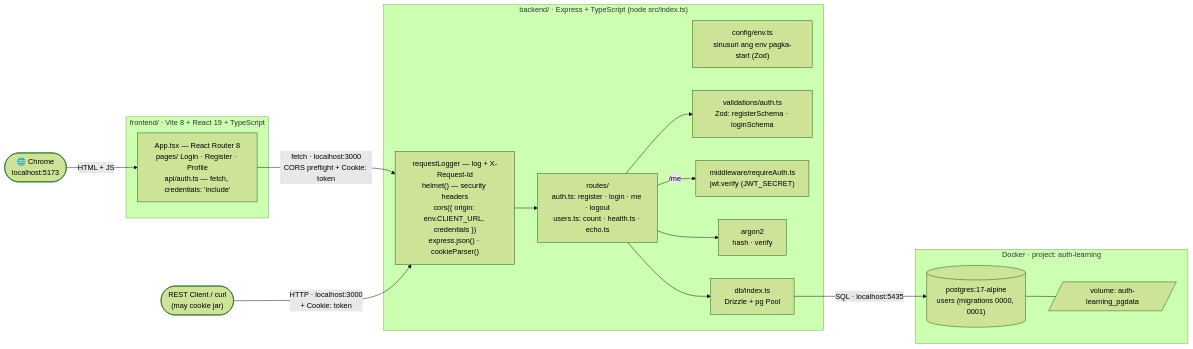
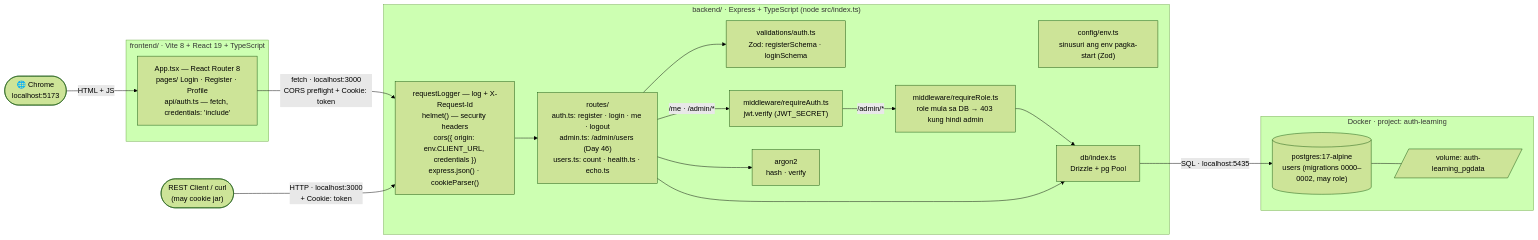
One commit to nelson1869-ai/auth-learning changed the first of 3 diagrams in docs/diagrams/00-architecture.md. Above: the diagram before and after it, drawn with Mermaid (forest theme). The commit also changed other lines of this file and 10 other files, not shown here.

First line of the commit message:
feat: requireRole and the first admin route — 401 vs 403 (Day 46)

````diff
--- a/docs/diagrams/00-architecture.md
+++ b/docs/diagrams/00-architecture.md
@@ -12,29 +12,32 @@
 ```mermaid
 flowchart LR
     Browser(["🌐 Chrome<br/>localhost:5173"]) -->|"HTML + JS"| FE
     subgraph FEG["frontend/ · Vite 8 + React 19 + TypeScript"]
         FE["App.tsx — React Router 8<br/>pages/ Login · Register · Profile<br/>api/auth.ts — fetch, credentials: 'include'"]
     end
     FE -->|"fetch · localhost:3000<br/>CORS preflight + Cookie: token"| MW
     Client(["REST Client / curl<br/>(may cookie jar)"]) -->|"HTTP · localhost:3000<br/>+ Cookie: token"| MW
     subgraph BE["backend/ · Express + TypeScript (node src/index.ts)"]
         MW["requestLogger — log + X-Request-Id<br/>helmet() — security headers<br/>cors({ origin: env.CLIENT_URL, credentials })<br/>express.json() · cookieParser()"]
         Env["config/env.ts<br/>sinusuri ang env pagka-start (Zod)"]
-        Routes["routes/<br/>auth.ts: register · login · me · logout<br/>users.ts: count · health.ts · echo.ts"]
+        Routes["routes/<br/>auth.ts: register · login · me · logout<br/>admin.ts: /admin/users (Day 46)<br/>users.ts: count · health.ts · echo.ts"]
         Val["validations/auth.ts<br/>Zod: registerSchema · loginSchema"]
         Auth["middleware/requireAuth.ts<br/>jwt.verify (JWT_SECRET)"]
+        Role["middleware/requireRole.ts<br/>role mula sa DB → 403 kung hindi admin"]
         Hash["argon2<br/>hash · verify"]
         DB["db/index.ts<br/>Drizzle + pg Pool"]
         MW --> Routes
         Routes --> Val
-        Routes -->|"/me"| Auth
+        Routes -->|"/me · /admin/*"| Auth
+        Auth -->|"/admin/*"| Role
+        Role --> DB
         Routes --> Hash
         Routes --> DB
     end
     DB -->|"SQL · localhost:5435"| PG
     subgraph Docker["Docker · project: auth-learning"]
-        PG[("postgres:17-alpine<br/>users (migrations 0000, 0001)")]
+        PG[("postgres:17-alpine<br/>users (migrations 0000–0002, may role)")]
         Vol[/"volume: auth-learning_pgdata"/]
         PG --- Vol
     end
 ```
````
